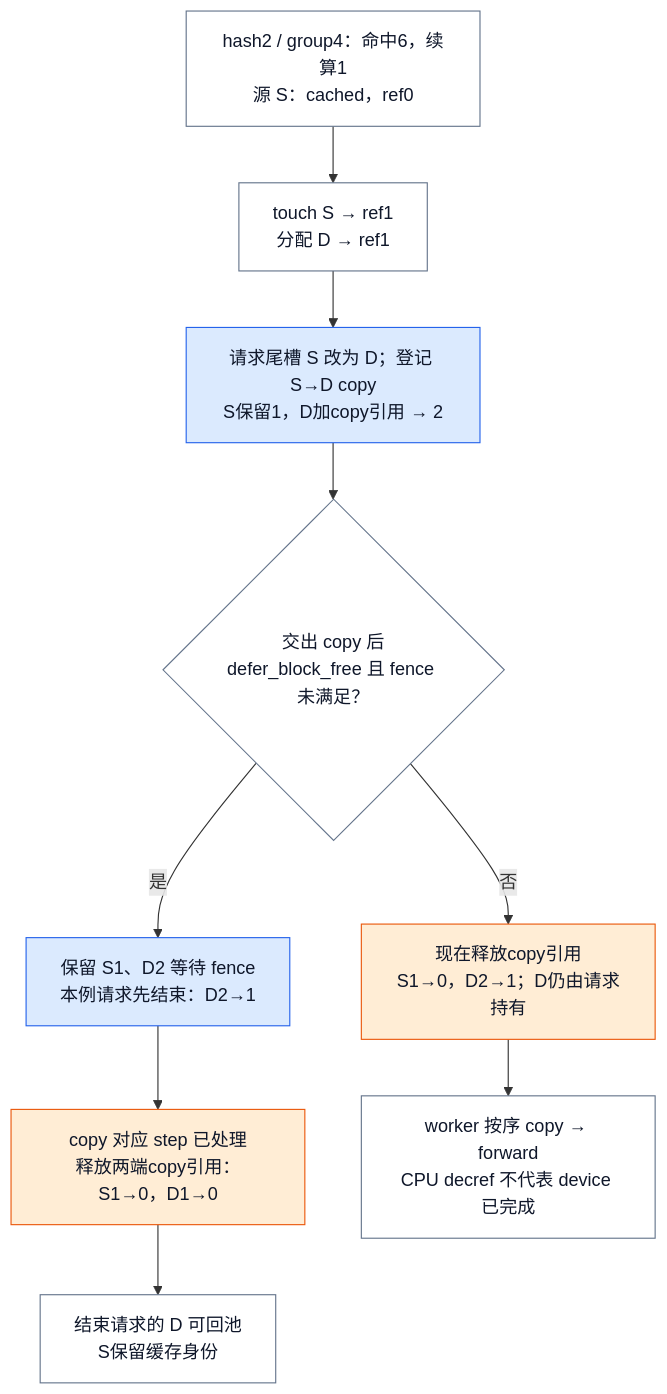
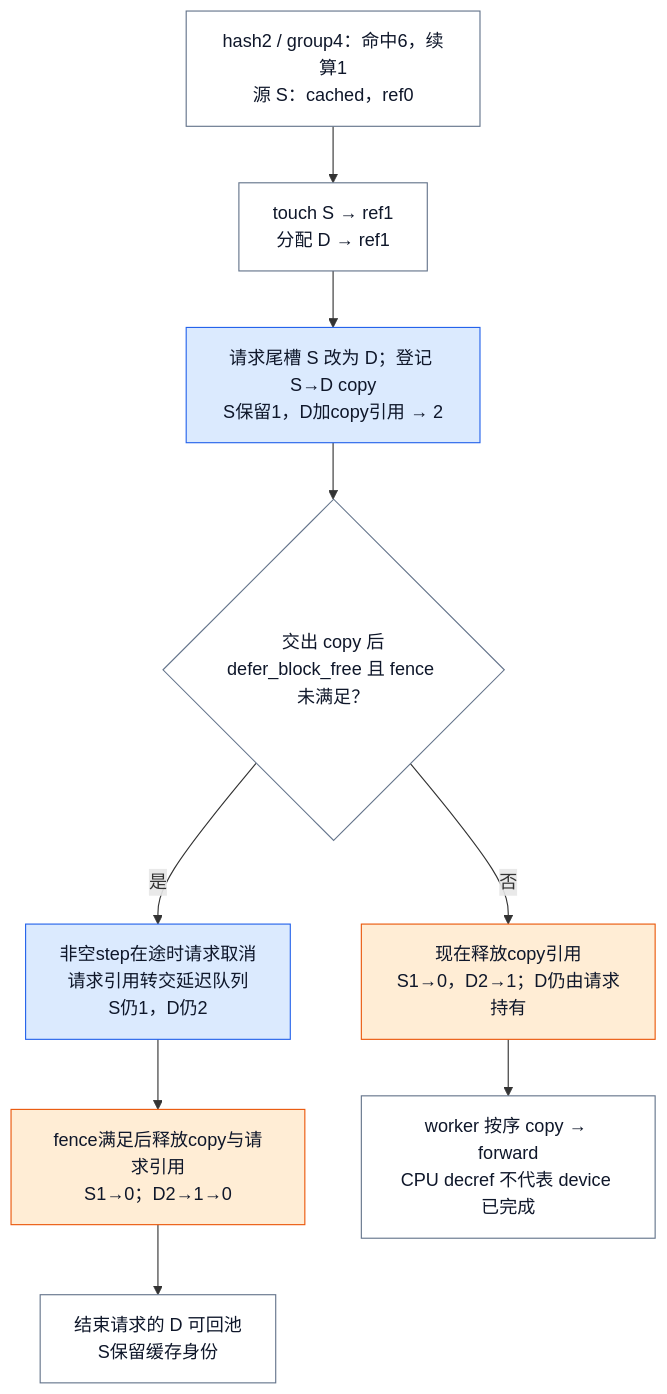
Before and after one commit to suhaibo666/llm-knowledge: the fifth of 8 diagrams in wiki/02_engineering/03_infer_frameworks/vllm/08_vllm_kv_cache_management_analysis.md, drawn with Mermaid. The commit also changed other lines of this file and 89 other files, not shown here.

````diff
--- a/wiki/02_engineering/03_infer_frameworks/vllm/08_vllm_kv_cache_management_analysis.md
+++ b/wiki/02_engineering/03_infer_frameworks/vllm/08_vllm_kv_cache_management_analysis.md
@@ -176,17 +396,17 @@
 ```mermaid
 flowchart TB
     A["hash2 / group4：命中6，续算1<br/>源 S：cached，ref0"] --> B["touch S → ref1<br/>分配 D → ref1"]
     B --> C["请求尾槽 S 改为 D；登记 S→D copy<br/>S保留1，D加copy引用 → 2"]
     C --> D{"交出 copy 后<br/>defer_block_free 且 fence 未满足？"}
-    D -->|是| E["保留 S1、D2 等待 fence<br/>本例请求先结束：D2→1"]
-    E --> F["copy 对应 step 已处理<br/>释放两端copy引用：S1→0，D1→0"]
+    D -->|是| E["非空step在途时请求取消<br/>请求引用转交延迟队列<br/>S仍1，D仍2"]
+    E --> F["fence满足后释放copy与请求引用<br/>S1→0；D2→1→0"]
     D -->|否| G["现在释放copy引用<br/>S1→0，D2→1；D仍由请求持有"]
     G --> H["worker 按序 copy → forward<br/>CPU decref 不代表 device 已完成"]
     F --> I["结束请求的 D 可回池<br/>S保留缓存身份"]
     classDef normal fill:#fff,stroke:#64748b,color:#0f172a
     classDef blue fill:#dbeafe,stroke:#2563eb,color:#0f172a
     classDef orange fill:#ffedd5,stroke:#ea580c,color:#0f172a
     class A,B,D,H,I normal
     class C,E blue
     class F,G orange
 ```
````
